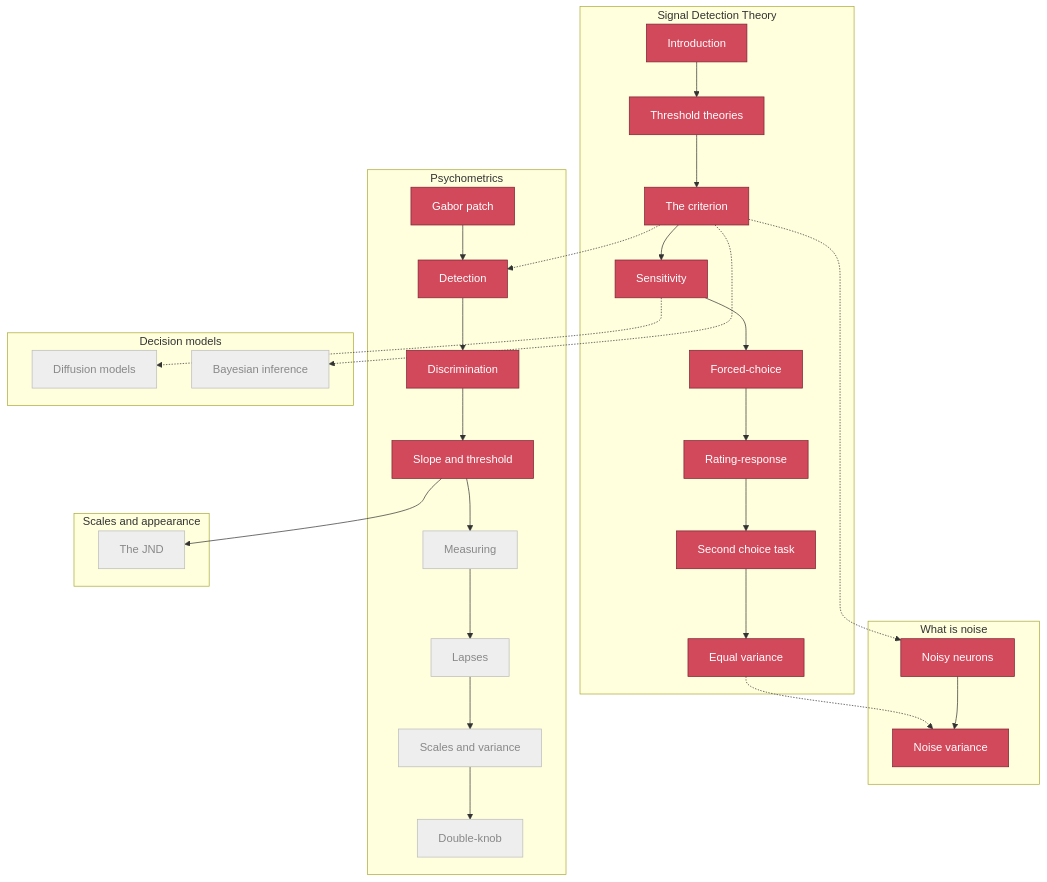
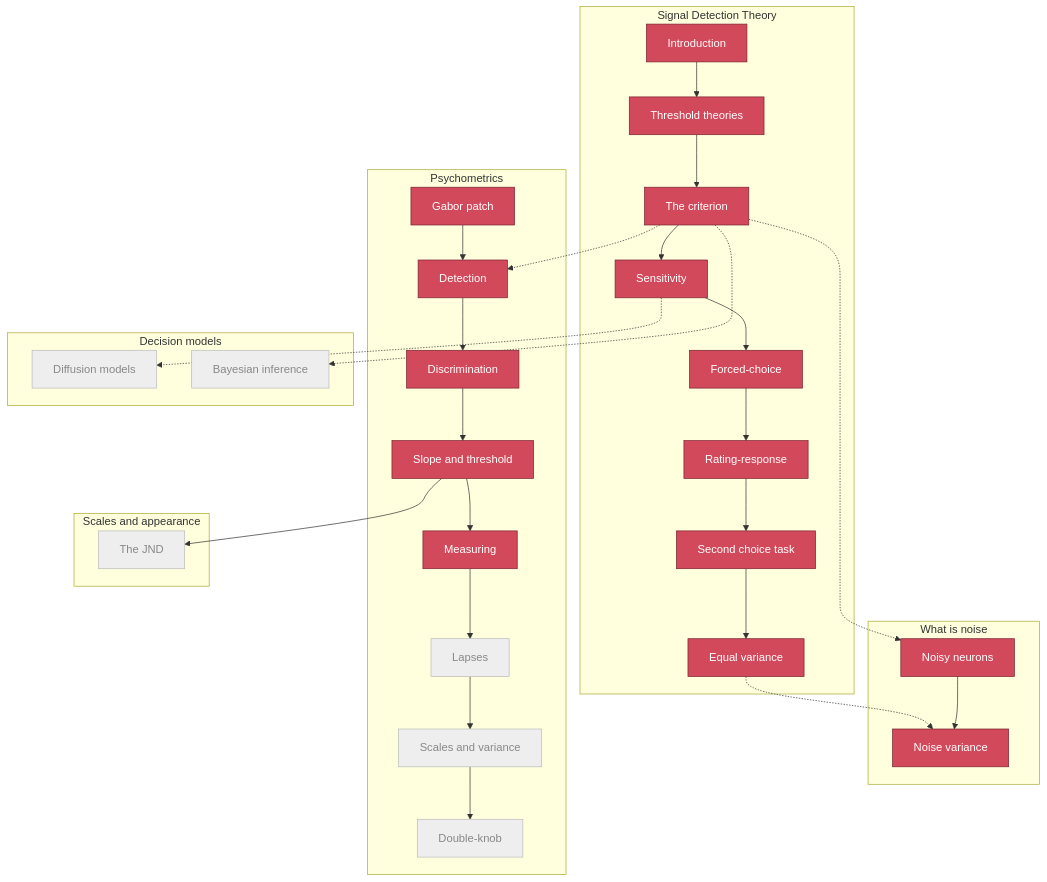
One commit to tbalsdon/psychophysical-choose-your-own-adventure changed the diagram in sitemap.md. Above: the diagram before and after it, drawn with Mermaid. The commit also changed 8 other files, not shown here.

````diff
--- a/sitemap.md
+++ b/sitemap.md
@@ -12,68 +12,69 @@
 ```{mermaid}
 flowchart TD
     subgraph SDT [Signal Detection Theory]
         a[Introduction]
         b[Threshold theories]
         d[The criterion]
         e[Sensitivity]
         f[Forced-choice]
         g[Rating-response]
         h[Second choice task]
         i[Equal variance]
     end
 
     subgraph NOISE [What is noise]
         nn[Noisy neurons]
         nv[Noise variance]
     end
 
     subgraph PSY [Psychometrics]
         pg[Gabor patch]
         pd[Detection]
         pdi[Discrimination]
         pst[Slope and threshold]
         pme[Measuring]
         pla[Lapses]
         psc[Scales and variance]
         pdk[Double-knob]
     end
 
     subgraph SCALE [Scales and appearance]
         s1[The JND]
     end
 
     subgraph DM [Decision models]
         dm1[Diffusion models]
         dm2[Bayesian inference]
     end
 
     a --> b --> d --> e --> f --> g --> h --> i
     d -.-> nn
     i -.-> nv
     nn --> nv
     d -.-> pd
     pg --> pd --> pdi --> pst --> pme --> pla --> psc --> pdk
     pst --> s1
     e -.-> dm1
     d -.-> dm2
 
     classDef done fill:#d1495b,stroke:#7a2230,color:#fff;
     classDef todo fill:#eee,stroke:#bbb,color:#888;
-    class a,b,d,e,f,g,h,i,nn,nv,pg,pd,pdi,pst done;
-    class pme,pla,psc,pdk,s1,dm1,dm2 todo;
+    class a,b,d,e,f,g,h,i,nn,nv,pg,pd,pdi,pst,pme done;
+    class pla,psc,pdk,s1,dm1,dm2 todo;
 
     click a "../modules/sdt-intro"
     click b "../modules/sdt-threshold-theories"
     click d "../modules/sdt-criterion"
     click e "../modules/sdt-sensitivity"
     click f "../modules/sdt-forced-choice"
     click g "../modules/sdt-rating-response"
     click h "../modules/sdt-second-choice"
     click i "../modules/sdt-equal-variance"
     click nn "../modules/noise-noisy-neurons"
     click nv "../modules/noise-variance"
     click pg "../modules/psy-gabor"
     click pd "../modules/psy-detection"
     click pdi "../modules/psy-discrimination"
     click pst "../modules/psy-slope-threshold-bias"
+    click pme "../modules/psy-measuring"
 ```
````
